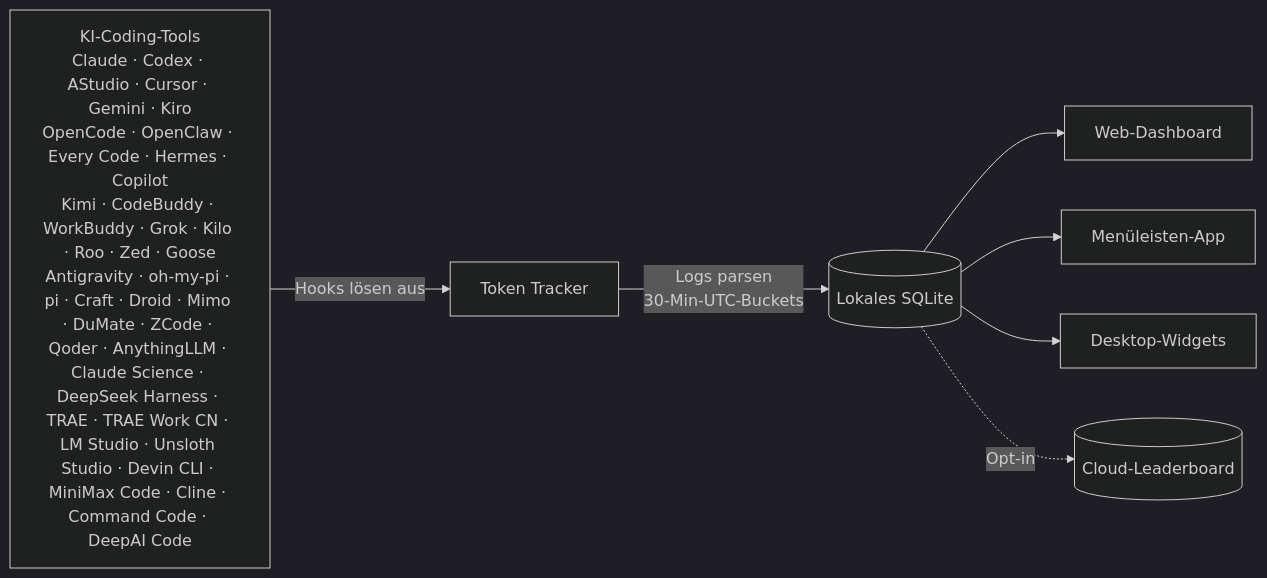
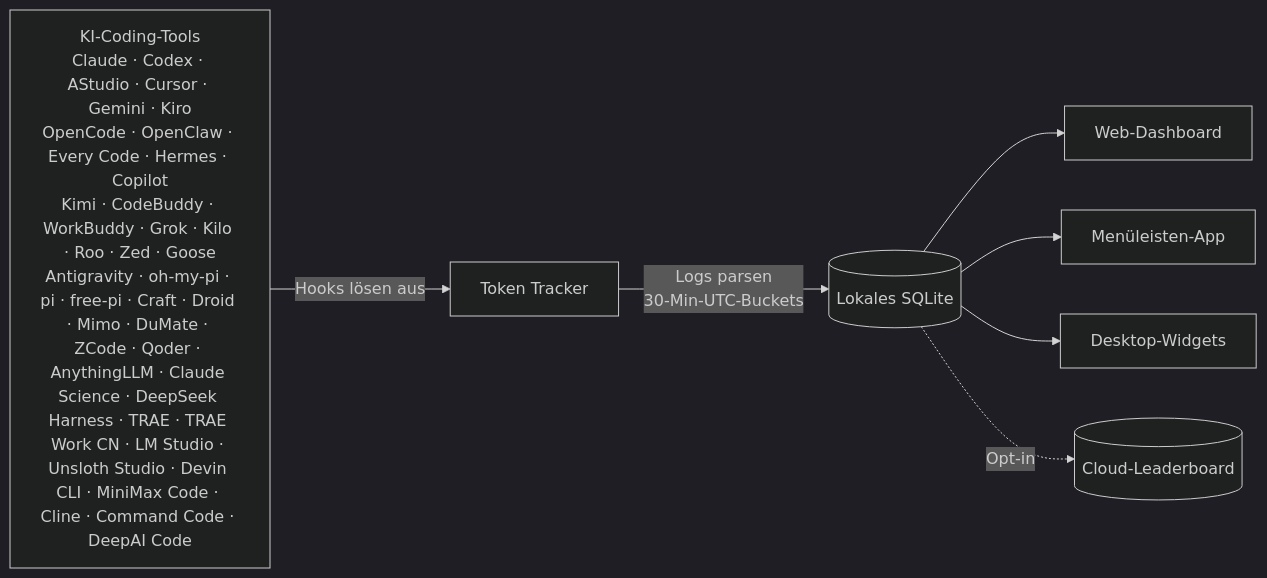
The diagram in README.de.md (xiufengsun/TokenTracker), drawn with Mermaid (dark theme) before and after one commit. The commit also changed other lines of this file and 20 other files, not shown here.

Commit message:
feat(free-pi): add FreePi CLI token tracking

````diff
--- a/README.de.md
+++ b/README.de.md
@@ -253,10 +254,10 @@
 ```mermaid
 flowchart LR
-    A["KI-Coding-Tools<br/>Claude · Codex · AStudio · Cursor · Gemini · Kiro<br/>OpenCode · OpenClaw · Every Code · Hermes · Copilot<br/>Kimi · CodeBuddy · WorkBuddy · Grok · Kilo · Roo · Zed · Goose<br/>Antigravity · oh-my-pi · pi · Craft · Droid · Mimo · DuMate · ZCode · Qoder · AnythingLLM · Claude Science · DeepSeek Harness · TRAE · TRAE Work CN · LM Studio · Unsloth Studio · Devin CLI · MiniMax Code · Cline · Command Code · DeepAI Code"]
+    A["KI-Coding-Tools<br/>Claude · Codex · AStudio · Cursor · Gemini · Kiro<br/>OpenCode · OpenClaw · Every Code · Hermes · Copilot<br/>Kimi · CodeBuddy · WorkBuddy · Grok · Kilo · Roo · Zed · Goose<br/>Antigravity · oh-my-pi · pi · free-pi · Craft · Droid · Mimo · DuMate · ZCode · Qoder · AnythingLLM · Claude Science · DeepSeek Harness · TRAE · TRAE Work CN · LM Studio · Unsloth Studio · Devin CLI · MiniMax Code · Cline · Command Code · DeepAI Code"]
     A -->|Hooks lösen aus| B[Token Tracker]
     B -->|Logs parsen<br/>30-Min-UTC-Buckets| C[(Lokales SQLite)]
     C --> D[Web-Dashboard]
     C --> E[Menüleisten-App]
     C --> F[Desktop-Widgets]
     C -.->|Opt-in| G[(Cloud-Leaderboard)]
 ```
````
